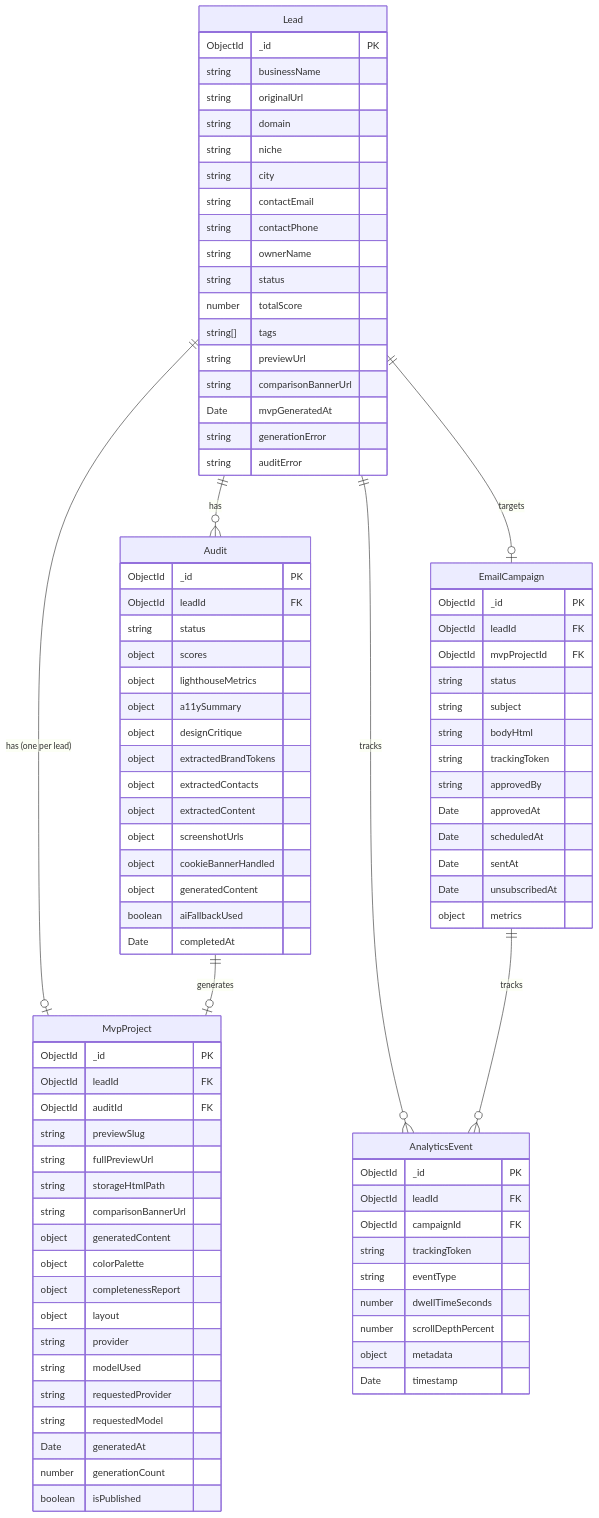
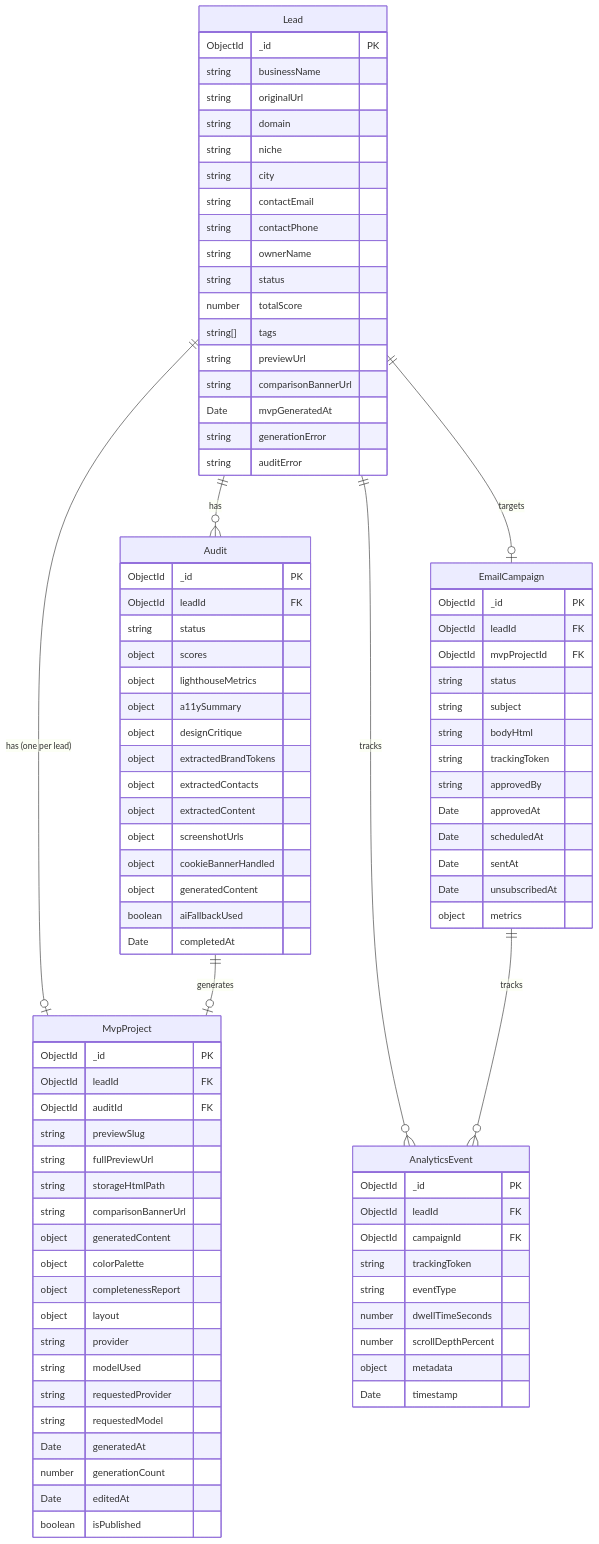
The seventh of 10 diagrams in blueprint.md (yurykurouski/revamp-docs), drawn with Mermaid before and after one commit. The commit also changed other lines of this file and 3 other files, not shown here.

```diff
--- a/blueprint.md
+++ b/blueprint.md
@@ -483,6 +483,7 @@
         string requestedModel
         Date generatedAt
         number generationCount
+        Date editedAt
         boolean isPublished
     }
 
```
